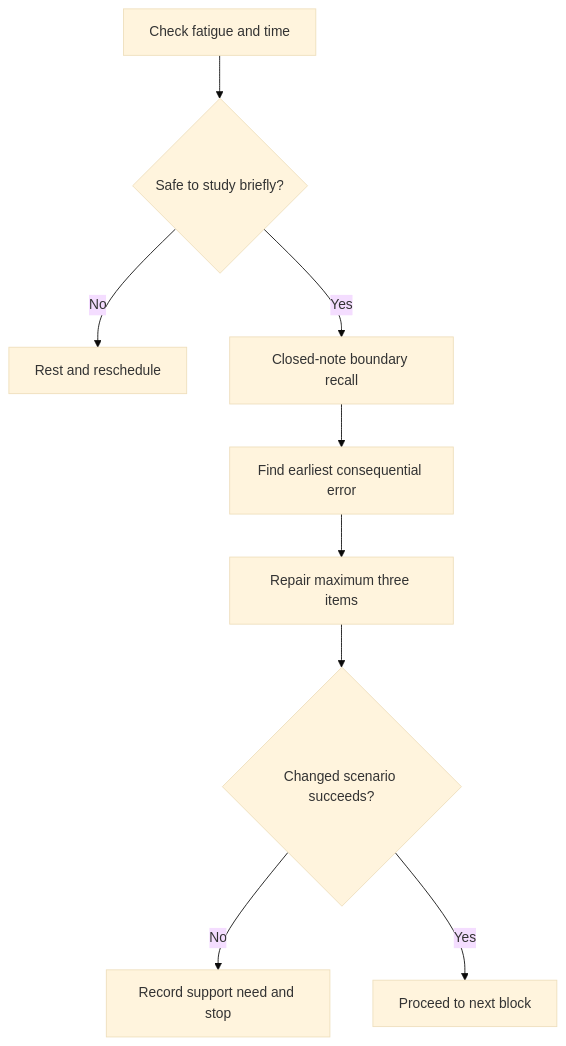
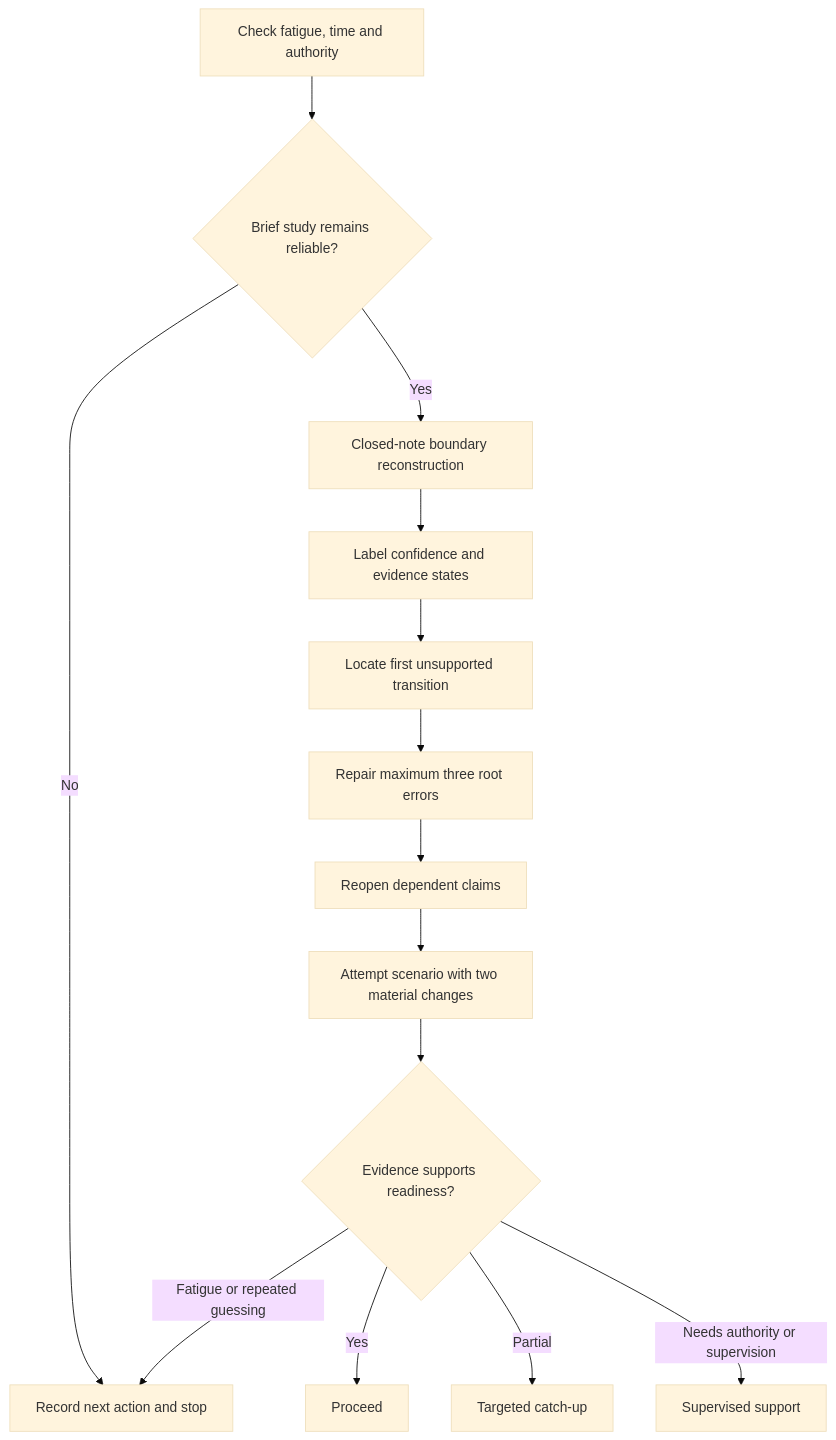
Before and after one commit to andrew3stedall/capstone: the first of 2 diagrams in docs/learning-plans/12-week/modules/day-40-rest-retrieval-and-boundary-condition-review.md, drawn with Mermaid (base theme). The commit also changed other lines of this file and 3 other files, not shown here.

````diff
--- a/docs/learning-plans/12-week/modules/day-40-rest-retrieval-and-boundary-condition-review.md
+++ b/docs/learning-plans/12-week/modules/day-40-rest-retrieval-and-boundary-condition-review.md
@@ -61,11 +110,16 @@
 ```mermaid
 flowchart TD
-    A[Check fatigue and time] --> B{Safe to study briefly?}
-    B -->|No| C[Rest and reschedule]
-    B -->|Yes| D[Closed-note boundary recall]
-    D --> E[Find earliest consequential error]
-    E --> F[Repair maximum three items]
-    F --> G{Changed scenario succeeds?}
-    G -->|No| H[Record support need and stop]
-    G -->|Yes| I[Proceed to next block]
+    A[Check fatigue, time and authority] --> B{Brief study remains reliable?}
+    B -->|No| C[Record next action and stop]
+    B -->|Yes| D[Closed-note boundary reconstruction]
+    D --> E[Label confidence and evidence states]
+    E --> F[Locate first unsupported transition]
+    F --> G[Repair maximum three root errors]
+    G --> H[Reopen dependent claims]
+    H --> I[Attempt scenario with two material changes]
+    I --> J{Evidence supports readiness?}
+    J -->|Yes| K[Proceed]
+    J -->|Partial| L[Targeted catch-up]
+    J -->|Needs authority or supervision| M[Supervised support]
+    J -->|Fatigue or repeated guessing| C
 ```
````
